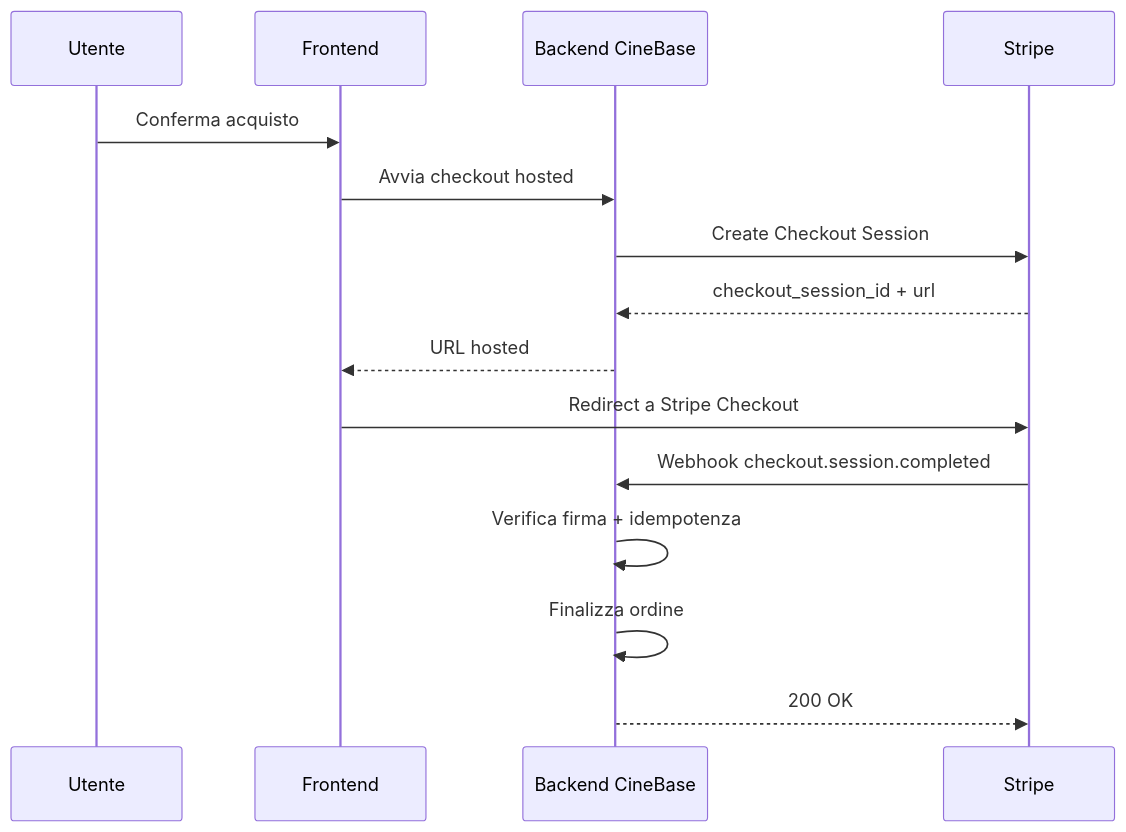
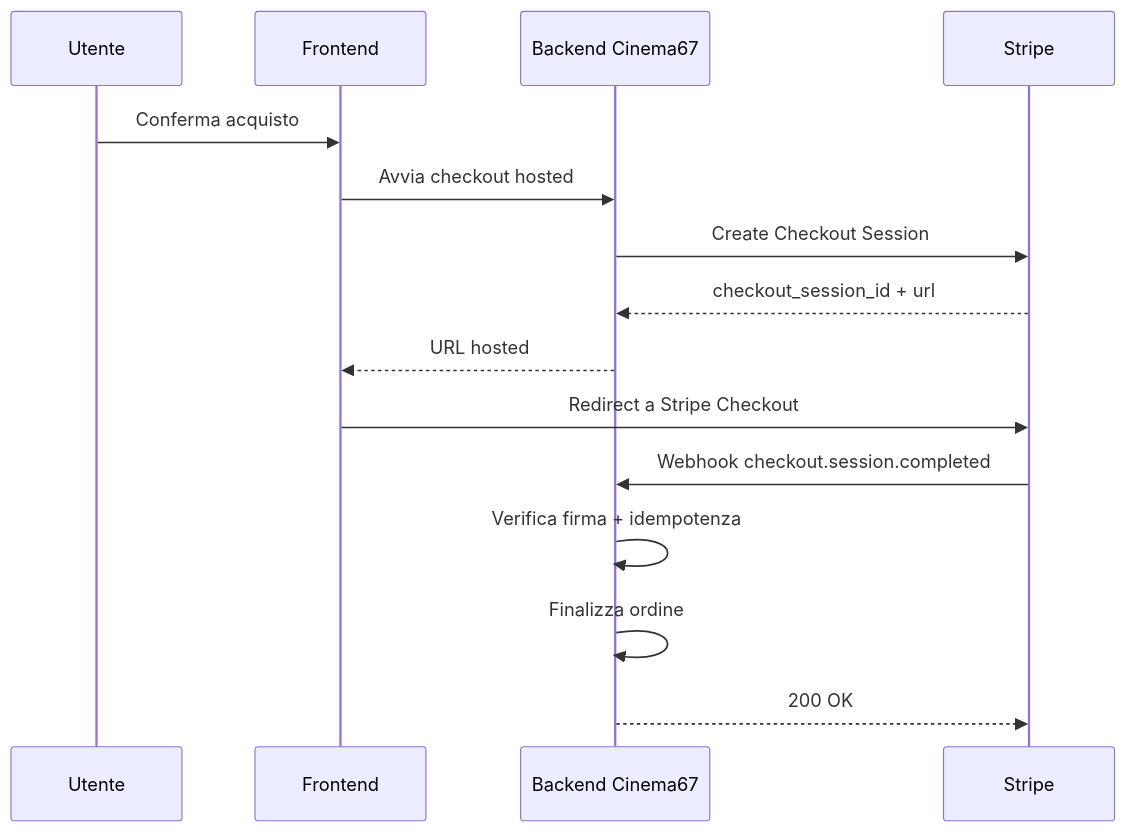
The second of 2 diagrams in docs/tutorials/TUTORIAL_STRIPE_GATEWAY_PAGAMENTI.md (GioeleUselli/Cinema67), drawn with Mermaid before and after one commit. The commit also changed other lines of this file and 123 other files, not shown here.

````diff
--- a/docs/tutorials/TUTORIAL_STRIPE_GATEWAY_PAGAMENTI.md
+++ b/docs/tutorials/TUTORIAL_STRIPE_GATEWAY_PAGAMENTI.md
@@ -344,18 +344,18 @@
 ```mermaid
 sequenceDiagram
     participant U as Utente
     participant FE as Frontend
-    participant BE as Backend CineBase
+    participant BE as Backend Cinema67
     participant ST as Stripe
 
     U->>FE: Conferma acquisto
     FE->>BE: Avvia checkout hosted
     BE->>ST: Create Checkout Session
     ST-->>BE: checkout_session_id + url
     BE-->>FE: URL hosted
     FE->>ST: Redirect a Stripe Checkout
     ST->>BE: Webhook checkout.session.completed
     BE->>BE: Verifica firma + idempotenza
     BE->>BE: Finalizza ordine
     BE-->>ST: 200 OK
 ```
````
